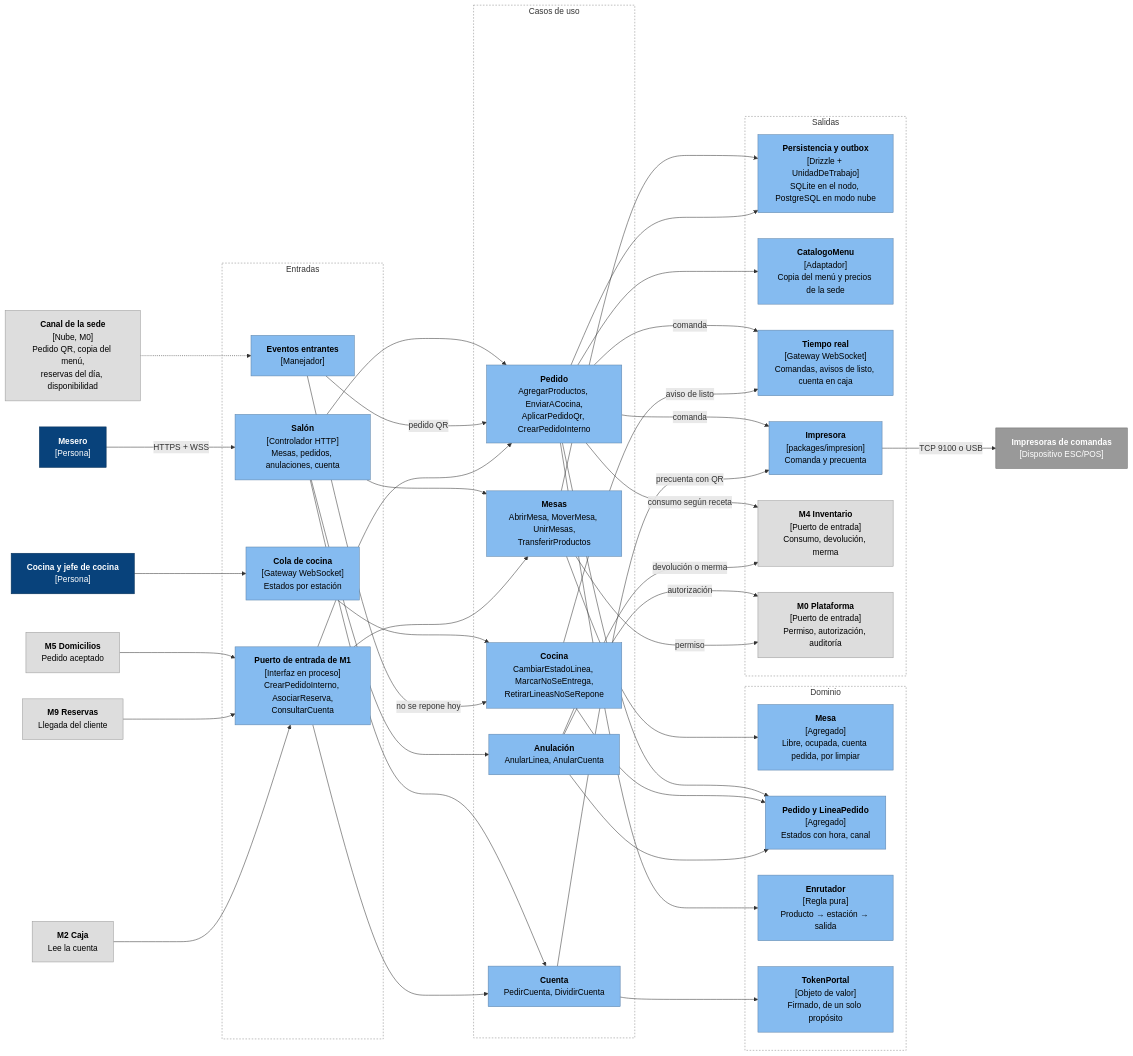
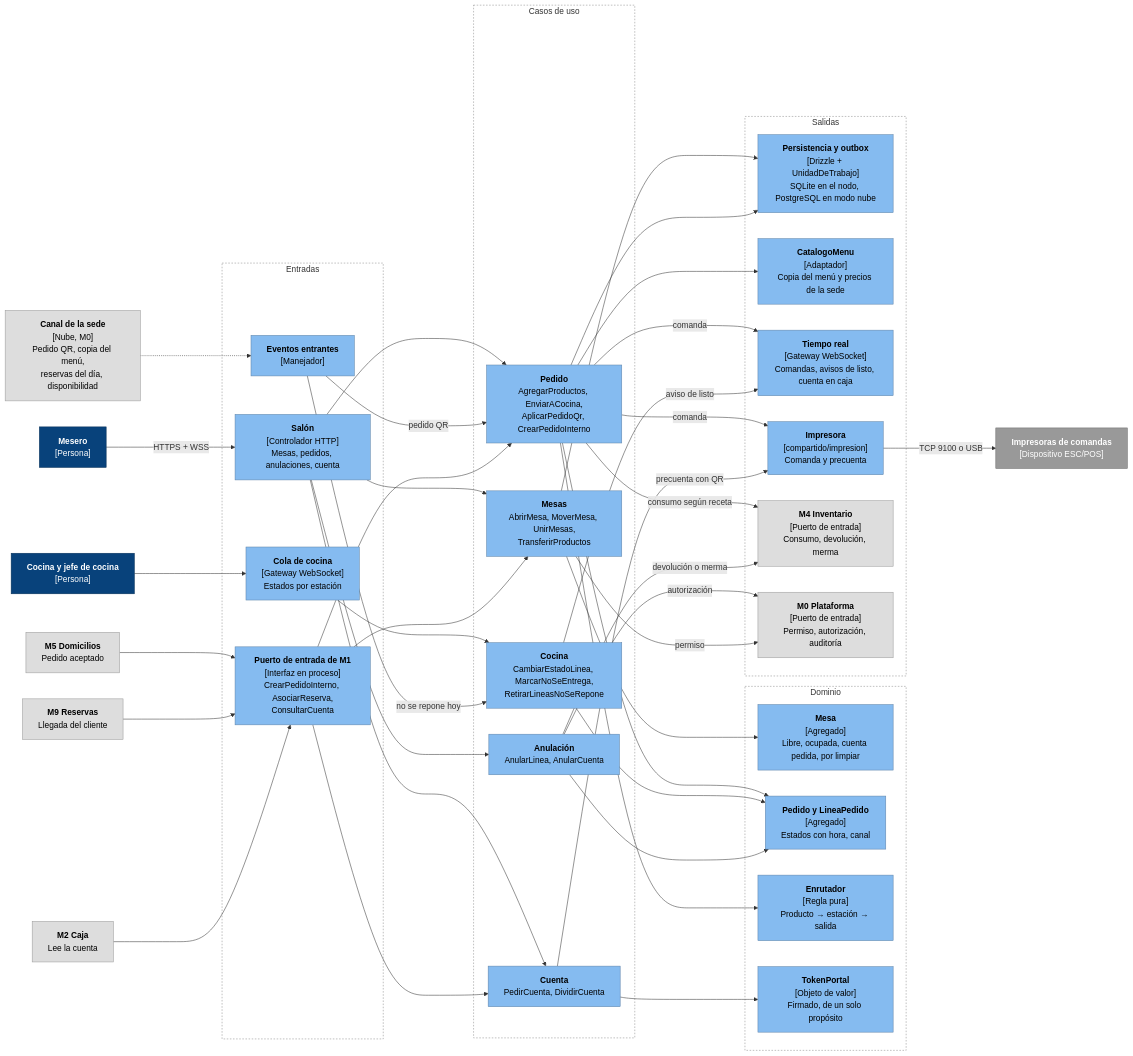
Before and after one commit to CesarJOtizM/blackHole: the first of 2 diagrams in docs/arquitectura/componentes/c4-m1-pedidos-y-salon.md, drawn with Mermaid. The commit also changed other lines of this file and 23 other files, not shown here.

```diff
--- a/docs/arquitectura/componentes/c4-m1-pedidos-y-salon.md
+++ b/docs/arquitectura/componentes/c4-m1-pedidos-y-salon.md
@@ -48,7 +48,7 @@
     REPO["<b>Persistencia y outbox</b><br/>[Drizzle + UnidadDeTrabajo]<br/>SQLite en el nodo, PostgreSQL en modo nube"]:::componente
     MENU["<b>CatalogoMenu</b><br/>[Adaptador]<br/>Copia del menú y precios de la sede"]:::componente
     RT["<b>Tiempo real</b><br/>[Gateway WebSocket]<br/>Comandas, avisos de listo, cuenta en caja"]:::componente
-    IMPR["<b>Impresora</b><br/>[packages/impresion]<br/>Comanda y precuenta"]:::componente
+    IMPR["<b>Impresora</b><br/>[compartido/impresion]<br/>Comanda y precuenta"]:::componente
     M4["<b>M4 Inventario</b><br/>[Puerto de entrada]<br/>Consumo, devolución, merma"]:::modulo
     M0["<b>M0 Plataforma</b><br/>[Puerto de entrada]<br/>Permiso, autorización, auditoría"]:::modulo
   end
```
